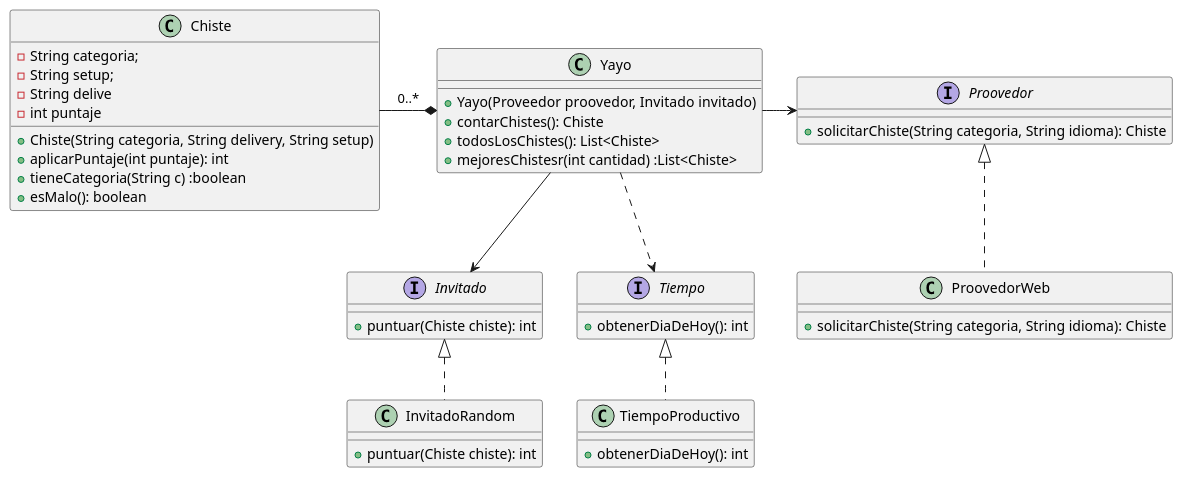
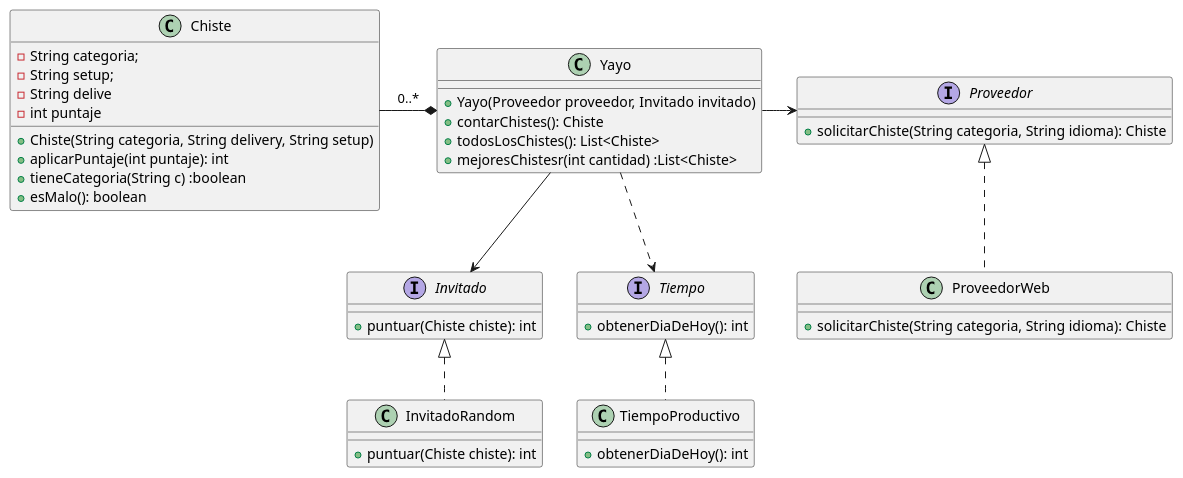
Before and after one commit to vceniceros/clase-junit-mocks: the diagram in src/diagrams/modelo-independiente.puml, drawn with PlantUML.

Commit message:
Arreglo error de ortografia

```diff
--- a/src/diagrams/modelo-independiente.puml
+++ b/src/diagrams/modelo-independiente.puml
@@ -1,52 +1,52 @@
 @startuml
 'https://plantuml.com/class-diagram
 
 class Yayo {
-+ Yayo(Proveedor proovedor, Invitado invitado)
++ Yayo(Proveedor proveedor, Invitado invitado)
 + contarChistes(): Chiste
 + todosLosChistes(): List<Chiste>
 + mejoresChistesr(int cantidad) :List<Chiste>
 }
 
 class Chiste {
 - String categoria;
 - String setup;
 - String delive
 - int puntaje
 + Chiste(String categoria, String delivery, String setup)
 +  aplicarPuntaje(int puntaje): int
 +  tieneCategoria(String c) :boolean
 +  esMalo(): boolean
 
 }
 
-interface Proovedor {
+interface Proveedor {
 + solicitarChiste(String categoria, String idioma): Chiste
 }
 
 interface Invitado {
 + puntuar(Chiste chiste): int
 }
 
 interface Tiempo {
 + obtenerDiaDeHoy(): int
 }
 
 class TiempoProductivo implements Tiempo {
 + obtenerDiaDeHoy(): int
 }
 
-class ProovedorWeb implements Proovedor {
+class ProveedorWeb implements Proveedor {
 + solicitarChiste(String categoria, String idioma): Chiste
 }
 
 class InvitadoRandom implements Invitado {
 + puntuar(Chiste chiste): int
 }
 
 Yayo *-left- Chiste: 0..*
 Yayo -down-> Invitado
-Yayo -right->Proovedor
+Yayo -right->Proveedor
 Yayo ..> Tiempo
 
 @enduml
```
